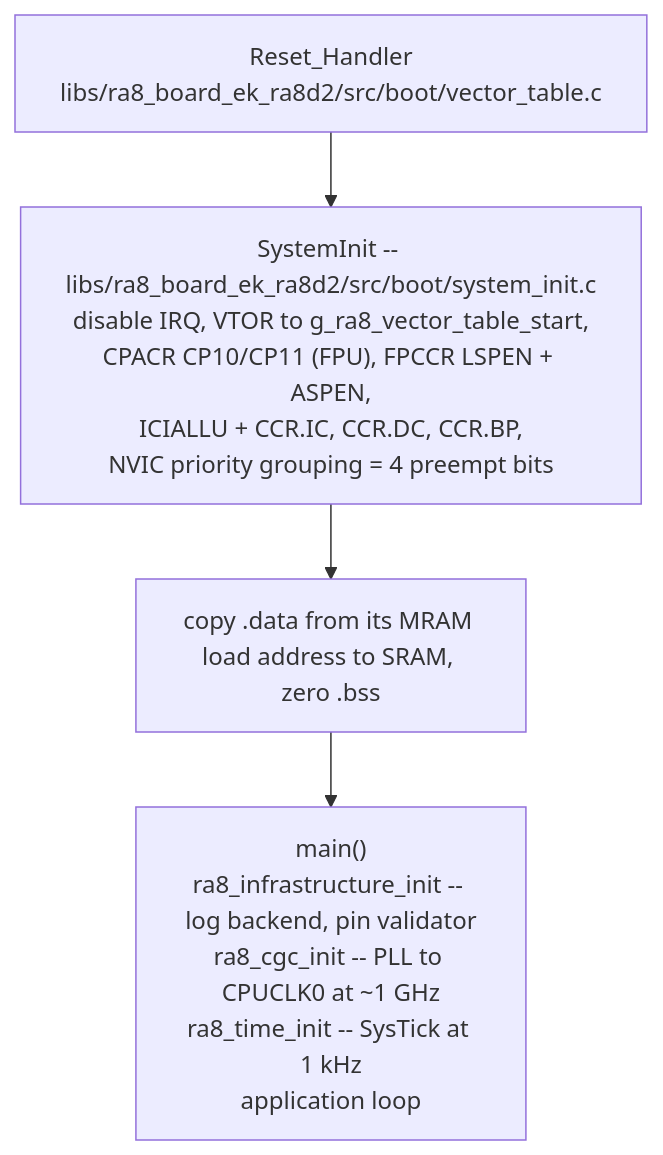
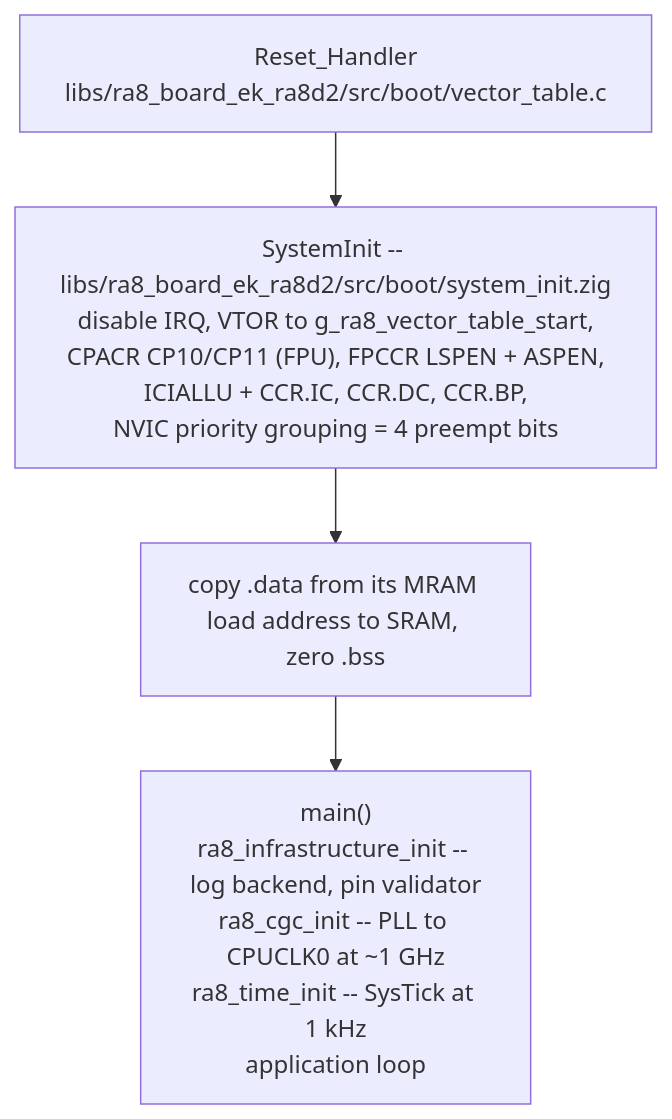
The second of 2 diagrams in docs/ARCHITECTURE.md (bsikar/ra8-firmware), drawn with Mermaid before and after one commit. The commit also changed 14 other files, not shown here.

Commit message:
RA8FW-365: update boot-path references to the system_init Zig port

````diff
--- a/docs/ARCHITECTURE.md
+++ b/docs/ARCHITECTURE.md
@@ -88,9 +88,9 @@
 ```mermaid
 graph TD
     RST["Reset_Handler<br/>libs/ra8_board_ek_ra8d2/src/boot/vector_table.c"]
-    SI["SystemInit -- libs/ra8_board_ek_ra8d2/src/boot/system_init.c<br/>disable IRQ, VTOR to g_ra8_vector_table_start,<br/>CPACR CP10/CP11 (FPU), FPCCR LSPEN + ASPEN,<br/>ICIALLU + CCR.IC, CCR.DC, CCR.BP,<br/>NVIC priority grouping = 4 preempt bits"]
+    SI["SystemInit -- libs/ra8_board_ek_ra8d2/src/boot/system_init.zig<br/>disable IRQ, VTOR to g_ra8_vector_table_start,<br/>CPACR CP10/CP11 (FPU), FPCCR LSPEN + ASPEN,<br/>ICIALLU + CCR.IC, CCR.DC, CCR.BP,<br/>NVIC priority grouping = 4 preempt bits"]
     CPY["copy .data from its MRAM load address to SRAM, zero .bss"]
     MAIN["main()<br/>ra8_infrastructure_init -- log backend, pin validator<br/>ra8_cgc_init -- PLL to CPUCLK0 at ~1 GHz<br/>ra8_time_init -- SysTick at 1 kHz<br/>application loop"]
 
     RST --> SI --> CPY --> MAIN
 ```
````
